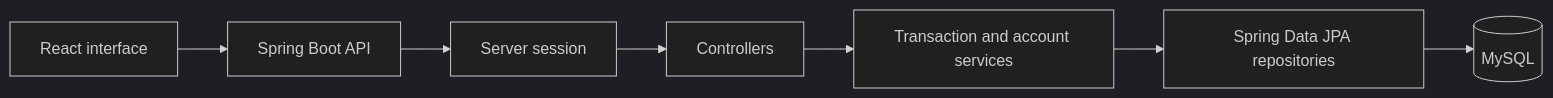
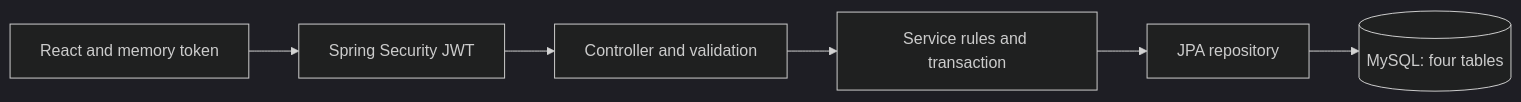
One commit to marvensj7/card-transaction-simulator changed the diagram in outputs/01_Project_Proposal/03_Submission_Proposal.md. Above: the diagram before and after it, drawn with Mermaid (dark theme). The commit also changed other lines of this file and 11 other files, not shown here.

````diff
--- a/outputs/01_Project_Proposal/03_Submission_Proposal.md
+++ b/outputs/01_Project_Proposal/03_Submission_Proposal.md
@@ -52,9 +62,8 @@
 ```mermaid
 flowchart LR
-    A[React interface] --> B[Spring Boot API]
-    B --> C[Server session]
-    C --> D[Controllers]
-    D --> E[Transaction and account services]
-    E --> F[Spring Data JPA repositories]
-    F --> G[(MySQL)]
+    R[React and memory token] --> S[Spring Security JWT]
+    S --> C[Controller and validation]
+    C --> B[Service rules and transaction]
+    B --> J[JPA repository]
+    J --> M[(MySQL: four tables)]
 ```
````
